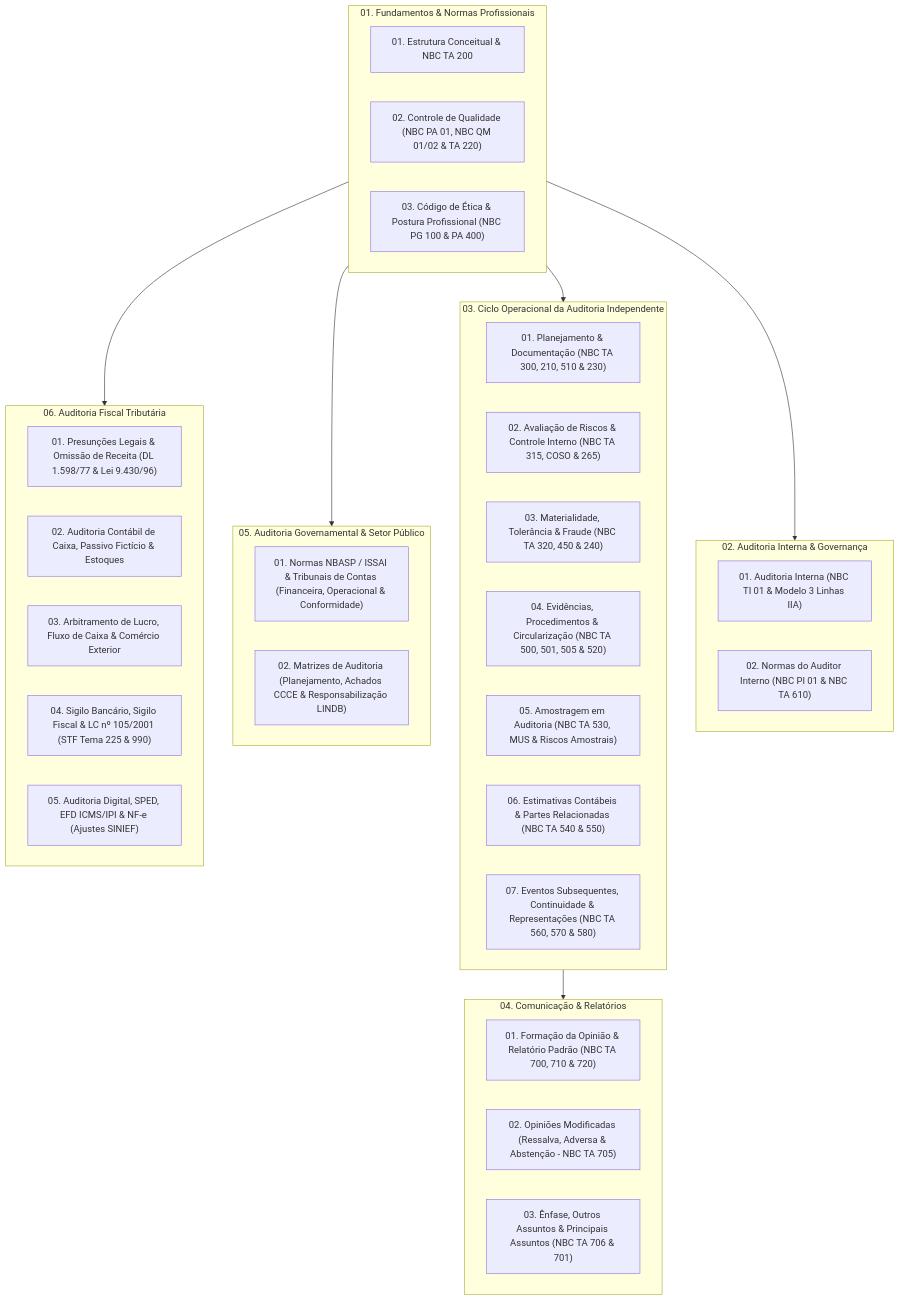
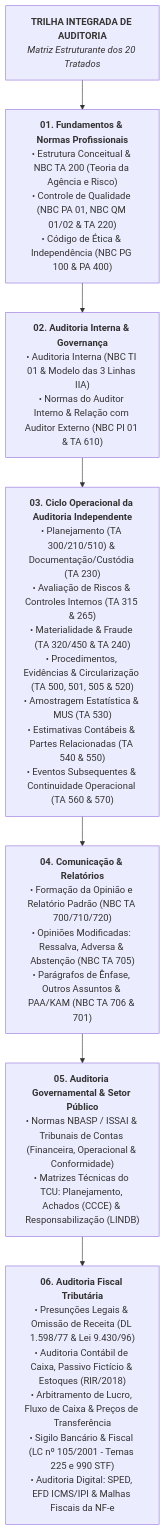
The diagram in docs/19-auditoria/README.md (gilsonnogueira/OpenConcursos), drawn with Mermaid before and after one commit. The commit also changed 17 other files, not shown here.

Commit message:
style(diagrams): verticaliza todos os diagramas Mermaid para legibilidade em painel vertical

````diff
--- a/docs/19-auditoria/README.md
+++ b/docs/19-auditoria/README.md
@@ -11,48 +11,16 @@
 ```mermaid
 flowchart TD
-    subgraph P1["01. Fundamentos & Normas Profissionais"]
-        T01["01. Estrutura Conceitual & NBC TA 200"]
-        T02["02. Controle de Qualidade (NBC PA 01, NBC QM 01/02 & TA 220)"]
-        T03["03. Código de Ética & Postura Profissional (NBC PG 100 & PA 400)"]
-    end
+    ROOT["<b>TRILHA INTEGRADA DE AUDITORIA</b><br/><i>Matriz Estruturante dos 20 Tratados</i>"]
 
-    subgraph P2["02. Auditoria Interna & Governança"]
-        T04["01. Auditoria Interna (NBC TI 01 & Modelo 3 Linhas IIA)"]
-        T05["02. Normas do Auditor Interno (NBC PI 01 & NBC TA 610)"]
-    end
+    ROOT --> P1["<b>01. Fundamentos & Normas Profissionais</b><br/>• Estrutura Conceitual & NBC TA 200 (Teoria da Agência e Risco)<br/>• Controle de Qualidade (NBC PA 01, NBC QM 01/02 & TA 220)<br/>• Código de Ética & Independência (NBC PG 100 & PA 400)"]
 
-    subgraph P3["03. Ciclo Operacional da Auditoria Independente"]
-        T06["01. Planejamento & Documentação (NBC TA 300, 210, 510 & 230)"]
-        T07["02. Avaliação de Riscos & Controle Interno (NBC TA 315, COSO & 265)"]
-        T08["03. Materialidade, Tolerância & Fraude (NBC TA 320, 450 & 240)"]
-        T09["04. Evidências, Procedimentos & Circularização (NBC TA 500, 501, 505 & 520)"]
-        T10["05. Amostragem em Auditoria (NBC TA 530, MUS & Riscos Amostrais)"]
-        T11["06. Estimativas Contábeis & Partes Relacionadas (NBC TA 540 & 550)"]
-        T12["07. Eventos Subsequentes, Continuidade & Representações (NBC TA 560, 570 & 580)"]
-    end
+    P1 --> P2["<b>02. Auditoria Interna & Governança</b><br/>• Auditoria Interna (NBC TI 01 & Modelo das 3 Linhas IIA)<br/>• Normas do Auditor Interno & Relação com Auditor Externo (NBC PI 01 & TA 610)"]
 
-    subgraph P4["04. Comunicação & Relatórios"]
-        T13["01. Formação da Opinião & Relatório Padrão (NBC TA 700, 710 & 720)"]
-        T14["02. Opiniões Modificadas (Ressalva, Adversa & Abstenção - NBC TA 705)"]
-        T15["03. Ênfase, Outros Assuntos & Principais Assuntos (NBC TA 706 & 701)"]
-    end
+    P2 --> P3["<b>03. Ciclo Operacional da Auditoria Independente</b><br/>• Planejamento (TA 300/210/510) & Documentação/Custódia (TA 230)<br/>• Avaliação de Riscos & Controles Internos (TA 315 & 265)<br/>• Materialidade & Fraude (TA 320/450 & TA 240)<br/>• Procedimentos, Evidências & Circularização (TA 500, 501, 505 & 520)<br/>• Amostragem Estatística & MUS (TA 530)<br/>• Estimativas Contábeis & Partes Relacionadas (TA 540 & 550)<br/>• Eventos Subsequentes & Continuidade Operacional (TA 560 & 570)"]
 
-    subgraph P5["05. Auditoria Governamental & Setor Público"]
-        T16["01. Normas NBASP / ISSAI & Tribunais de Contas (Financeira, Operacional & Conformidade)"]
-        T17["02. Matrizes de Auditoria (Planejamento, Achados CCCE & Responsabilização LINDB)"]
-    end
+    P3 --> P4["<b>04. Comunicação & Relatórios</b><br/>• Formação da Opinião e Relatório Padrão (NBC TA 700/710/720)<br/>• Opiniões Modificadas: Ressalva, Adversa & Abstenção (NBC TA 705)<br/>• Parágrafos de Ênfase, Outros Assuntos & PAA/KAM (NBC TA 706 & 701)"]
 
-    subgraph P6["06. Auditoria Fiscal Tributária"]
-        T18["01. Presunções Legais & Omissão de Receita (DL 1.598/77 & Lei 9.430/96)"]
-        T19["02. Auditoria Contábil de Caixa, Passivo Fictício & Estoques"]
-        T20["03. Arbitramento de Lucro, Fluxo de Caixa & Comércio Exterior"]
-        T21["04. Sigilo Bancário, Sigilo Fiscal & LC nº 105/2001 (STF Tema 225 & 990)"]
-        T22["05. Auditoria Digital, SPED, EFD ICMS/IPI & NF-e (Ajustes SINIEF)"]
-    end
+    P4 --> P5["<b>05. Auditoria Governamental & Setor Público</b><br/>• Normas NBASP / ISSAI & Tribunais de Contas (Financeira, Operacional & Conformidade)<br/>• Matrizes Técnicas do TCU: Planejamento, Achados (CCCE) & Responsabilização (LINDB)"]
 
-    P1 --> P2
-    P1 --> P3
-    P3 --> P4
-    P1 --> P5
-    P1 --> P6
+    P5 --> P6["<b>06. Auditoria Fiscal Tributária</b><br/>• Presunções Legais & Omissão de Receita (DL 1.598/77 & Lei 9.430/96)<br/>• Auditoria Contábil de Caixa, Passivo Fictício & Estoques (RIR/2018)<br/>• Arbitramento de Lucro, Fluxo de Caixa & Preços de Transferência<br/>• Sigilo Bancário & Fiscal (LC nº 105/2001 - Temas 225 e 990 STF)<br/>• Auditoria Digital: SPED, EFD ICMS/IPI & Malhas Fiscais da NF-e"]
 ```
````
